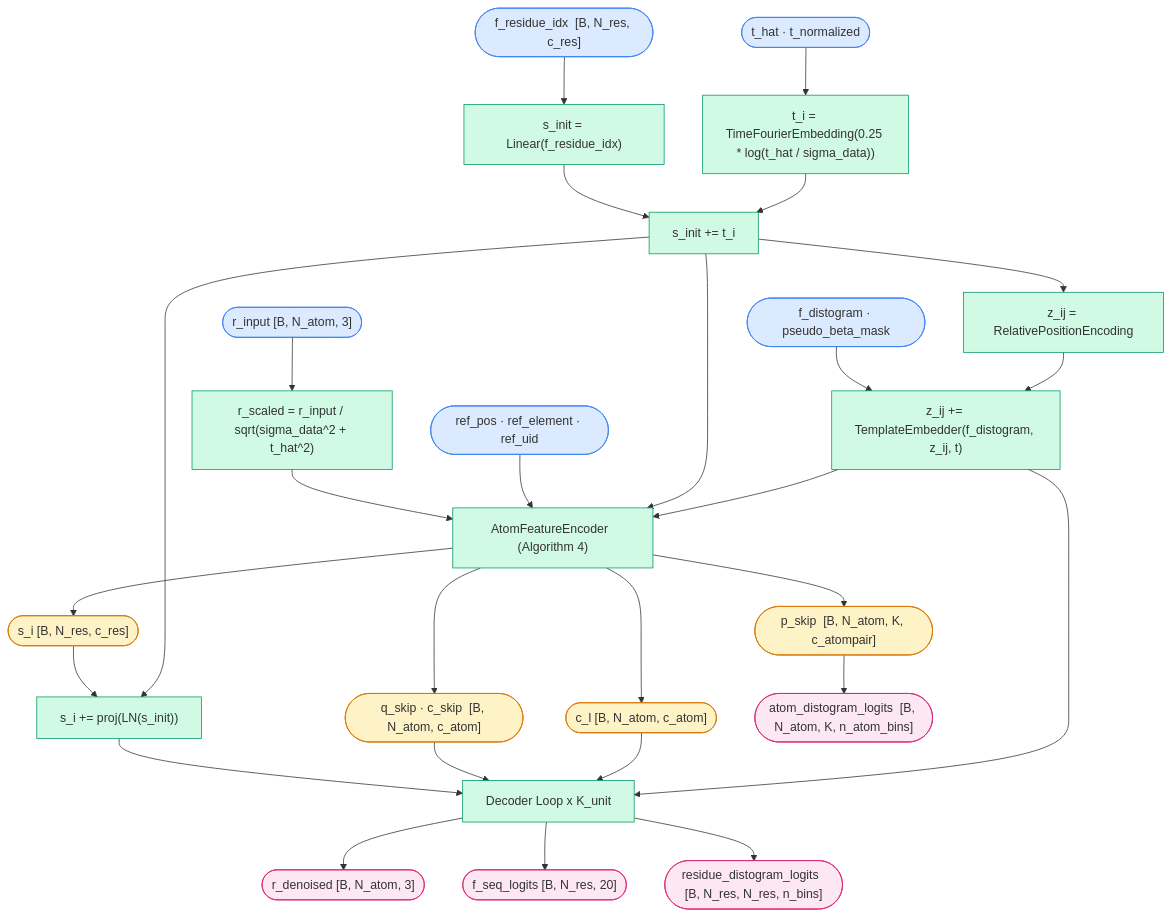
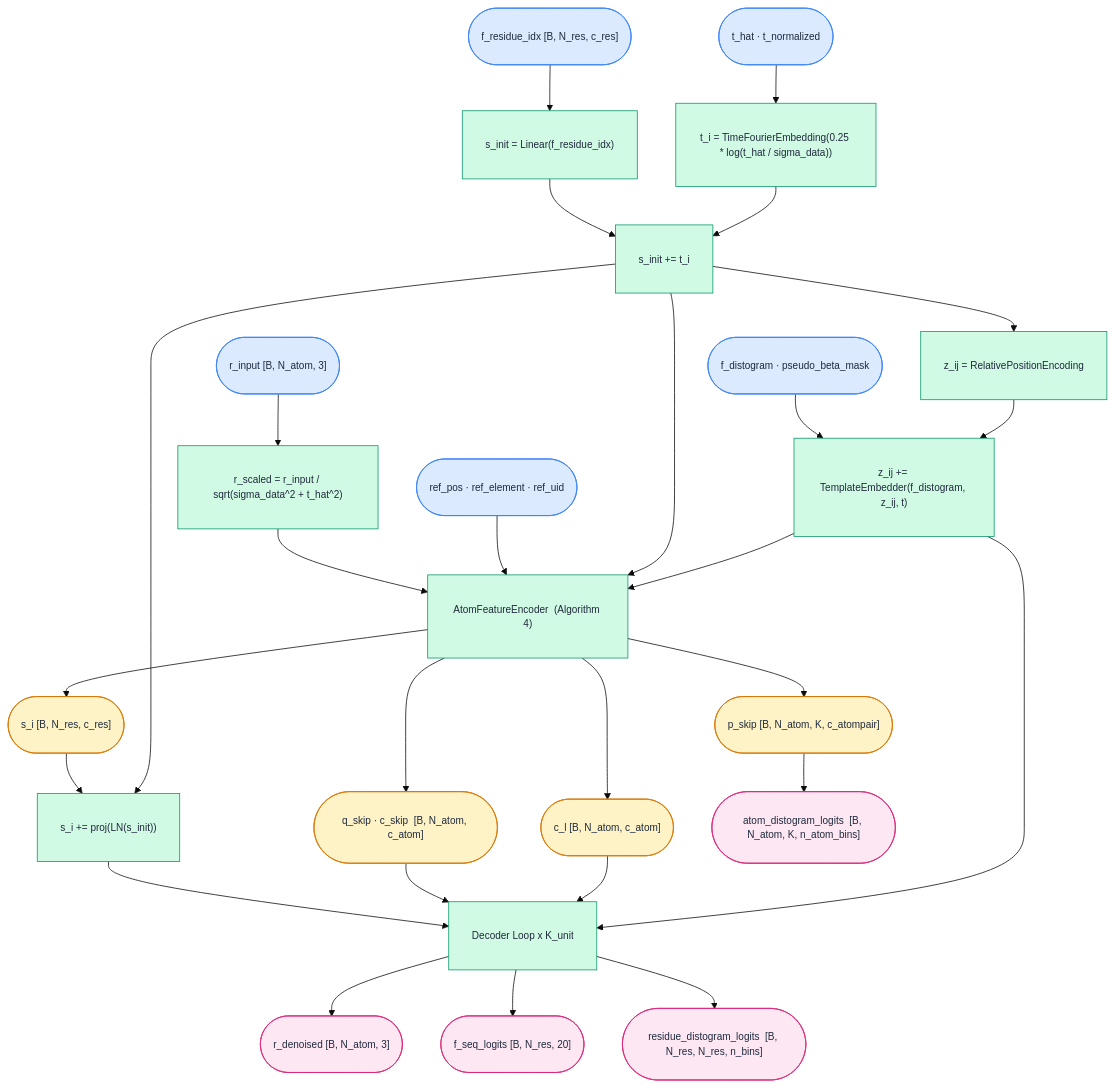
One commit to tmatteso/diffusion changed the first of 3 diagrams in docs/architecture.rst. Above: the diagram before and after it, drawn with Mermaid. The commit also changed other lines of this file and 9 other files, not shown here.

Commit message:
fixed mermaid plots

```diff
--- a/docs/architecture.rst
+++ b/docs/architecture.rst
@@ -22,45 +16,46 @@
 .. mermaid::
 
+   %%{init: {'theme': 'base', 'themeVariables': {'fontSize': '15px'}}}%%
    flowchart TD
-       classDef inp  fill:#dbeafe,stroke:#3b82f6
-       classDef proc fill:#d1fae5,stroke:#059669
-       classDef skip fill:#fef3c7,stroke:#d97706
-       classDef out  fill:#fce7f3,stroke:#db2777
+       classDef inp  fill:#dbeafe,stroke:#3b82f6,color:#1e293b,font-size:13px,padding:8px
+       classDef proc fill:#d1fae5,stroke:#059669,color:#1e293b,font-size:13px,padding:8px
+       classDef skip fill:#fef3c7,stroke:#d97706,color:#1e293b,font-size:13px,padding:8px
+       classDef out  fill:#fce7f3,stroke:#db2777,color:#1e293b,font-size:13px,padding:8px
 
        I1(["r_input  [B, N_atom, 3]"]):::inp
        I2(["f_residue_idx  [B, N_res, c_res]"]):::inp
        I3(["f_distogram · pseudo_beta_mask"]):::inp
        I4(["ref_pos · ref_element · ref_uid"]):::inp
        I5(["t_hat · t_normalized"]):::inp
 
        I1  --> P1["r_scaled = r_input / sqrt(sigma_data^2 + t_hat^2)"]:::proc
        I2  --> P2["s_init = Linear(f_residue_idx)"]:::proc
        I5  --> P3["t_i = TimeFourierEmbedding(0.25 * log(t_hat / sigma_data))"]:::proc
        P2  --> P4["s_init += t_i"]:::proc
        P3  --> P4
 
        P4  --> P5["z_ij = RelativePositionEncoding"]:::proc
        I3  --> P6["z_ij += TemplateEmbedder(f_distogram, z_ij, t)"]:::proc
        P5  --> P6
 
        P1  --> P7["AtomFeatureEncoder  (Algorithm 4)"]:::proc
        I4  --> P7
        P4  --> P7
        P6  --> P7
        P7  --> SK1(["s_i  [B, N_res, c_res]"]):::skip
        P7  --> SK2(["q_skip · c_skip  [B, N_atom, c_atom]"]):::skip
        P7  --> SK3(["p_skip  [B, N_atom, K, c_atompair]"]):::skip
        P7  --> SK4(["c_l  [B, N_atom, c_atom]"]):::skip
 
        SK1 --> P8["s_i += proj(LN(s_init))"]:::proc
        P4  --> P8
 
        P8  --> DL["Decoder Loop x K_unit"]:::proc
        SK2 --> DL
        SK4 --> DL
        P6  --> DL
 
        DL  --> O1(["r_denoised  [B, N_atom, 3]"]):::out
        DL  --> O2(["f_seq_logits  [B, N_res, 20]"]):::out
        DL  --> O3(["residue_distogram_logits  [B, N_res, N_res, n_bins]"]):::out
        SK3 --> O4(["atom_distogram_logits  [B, N_atom, K, n_atom_bins]"]):::out
```
